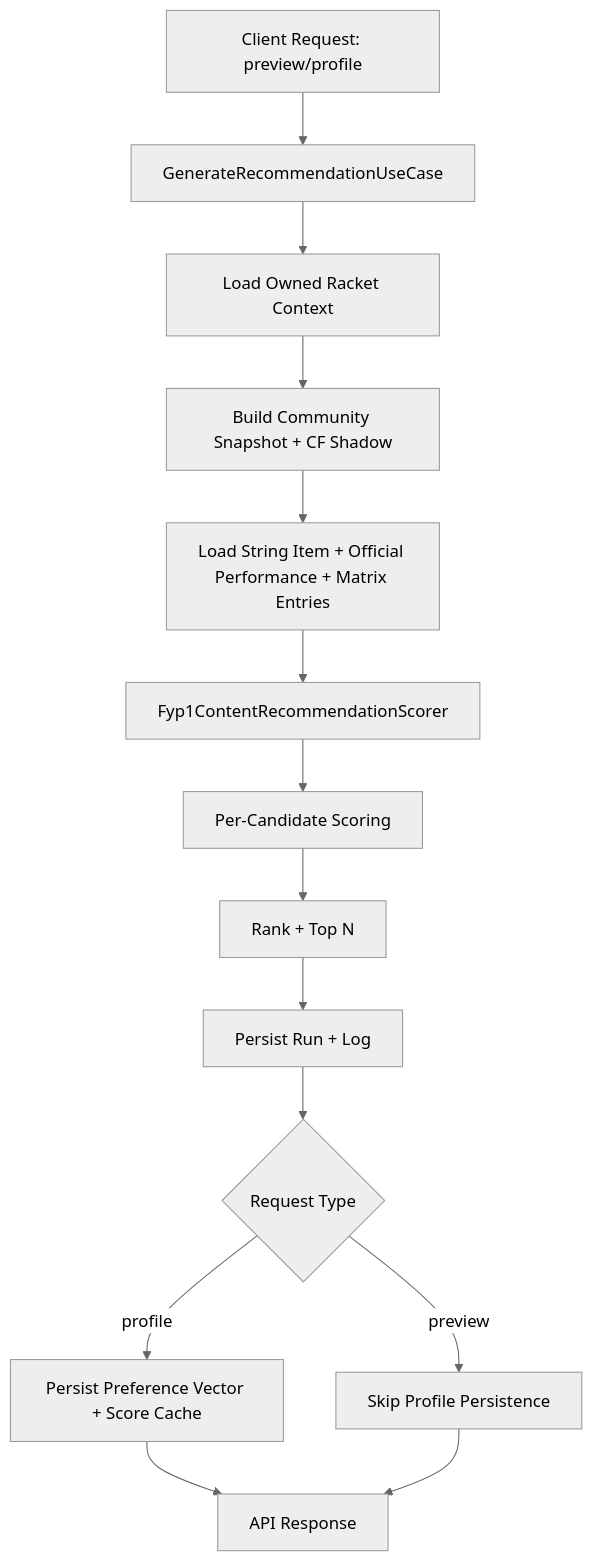
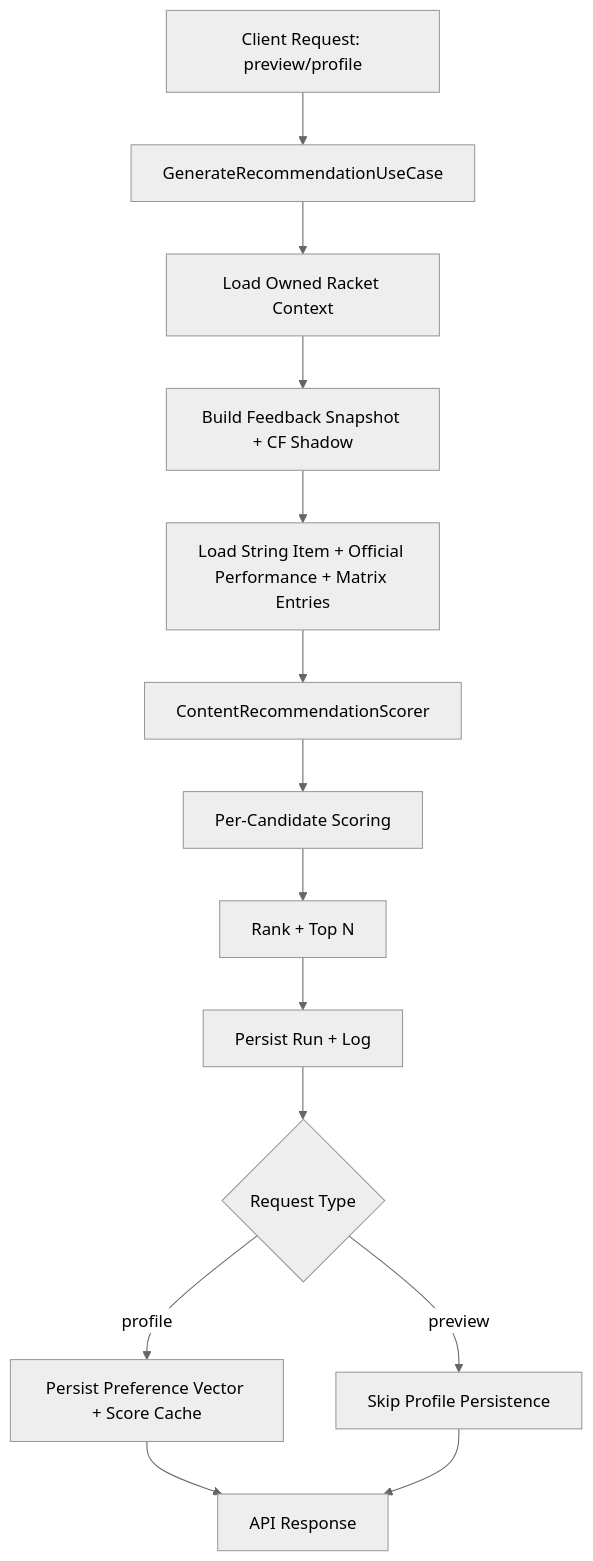
The first of 3 diagrams in backend/docs/recommendation-design.md (Liwei1020T/fyp_utar), drawn with Mermaid (neutral theme) before and after one commit. The commit also changed other lines of this file and 54 other files, not shown here.

Commit message:
feat: migrate recommendation terminology to feedback

````diff
--- a/backend/docs/recommendation-design.md
+++ b/backend/docs/recommendation-design.md
@@ -26,16 +26,16 @@
 ```mermaid
 flowchart TD
     A[Client Request: preview/profile] --> B[GenerateRecommendationUseCase]
     B --> C[Load Owned Racket Context]
-    C --> D[Build Community Snapshot + CF Shadow]
+    C --> D[Build Feedback Snapshot + CF Shadow]
     D --> E[Load String Item + Official Performance + Matrix Entries]
-    E --> F[Fyp1ContentRecommendationScorer]
+    E --> F[ContentRecommendationScorer]
     F --> G[Per-Candidate Scoring]
     G --> H[Rank + Top N]
     H --> I[Persist Run + Log]
     I --> J{Request Type}
     J -->|profile| K[Persist Preference Vector + Score Cache]
     J -->|preview| L[Skip Profile Persistence]
     K --> M[API Response]
     L --> M
 ```
````
